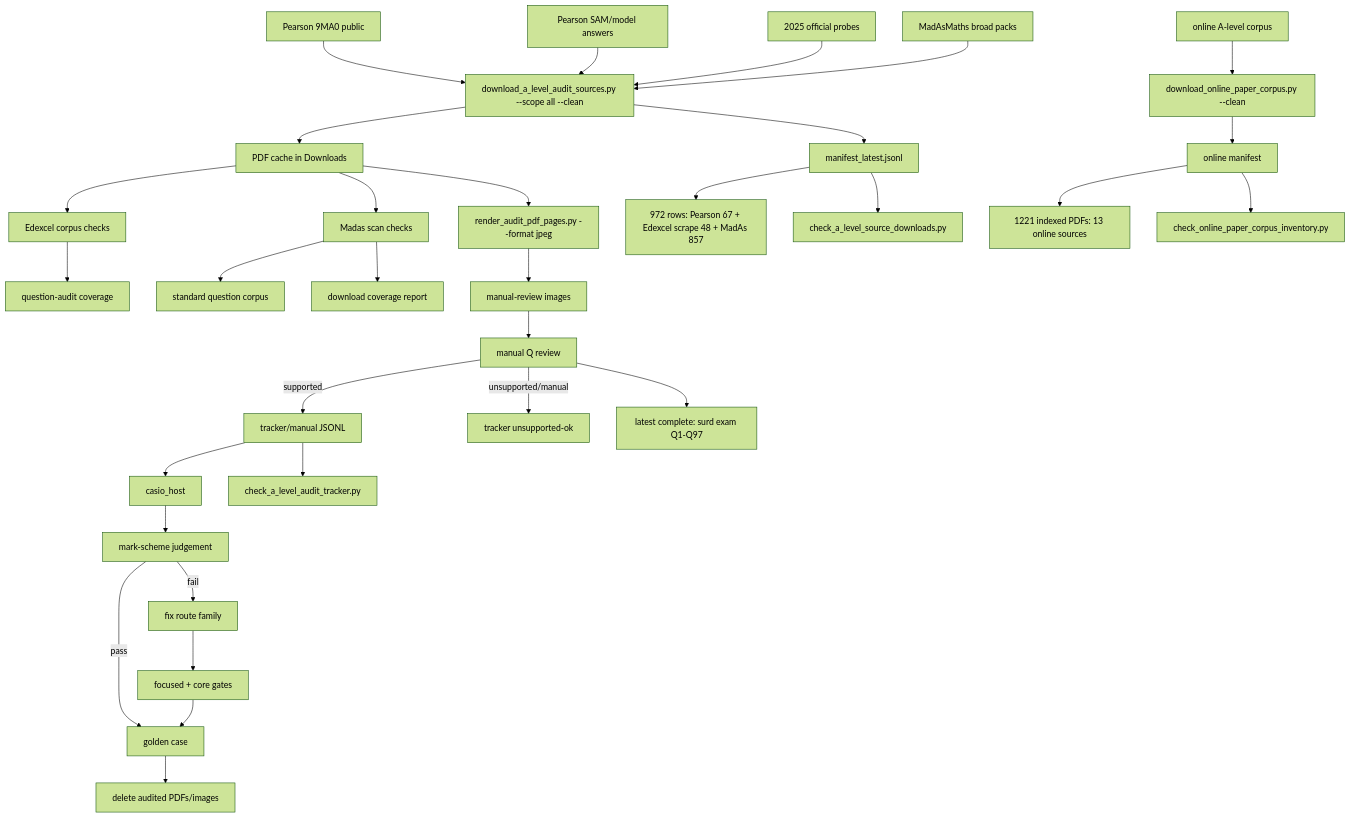
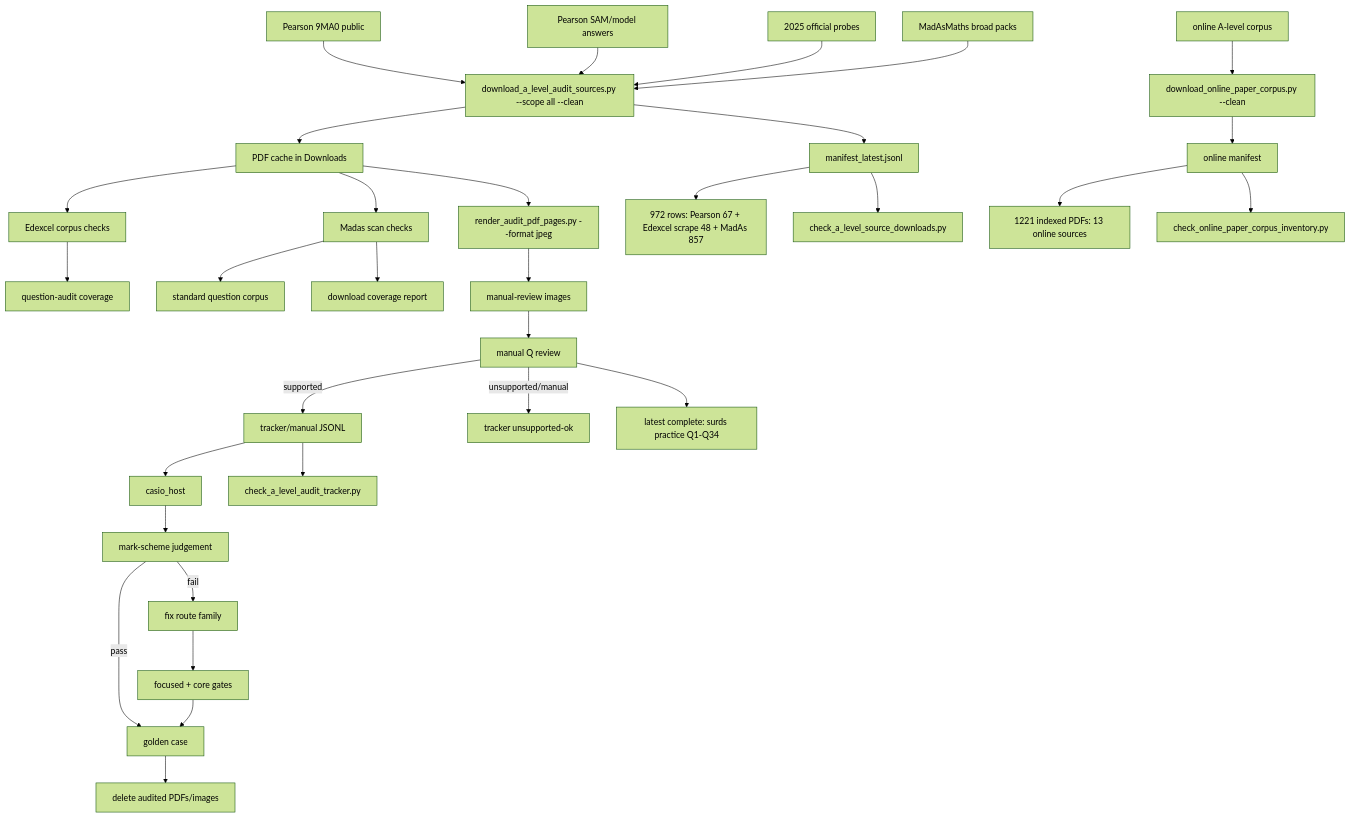
The diagram in c++/tools/golden/a_level_audit_graph.md (james8464/notes-addin-casio-fx-cg50), drawn with Mermaid (forest theme) before and after one commit. The commit also changed other lines of this file and 4 other files, not shown here.

````diff
--- a/c++/tools/golden/a_level_audit_graph.md
+++ b/c++/tools/golden/a_level_audit_graph.md
@@ -3,34 +3,34 @@
 ```mermaid
 graph TD
   E1["Pearson 9MA0 public"] --> D["download_a_level_audit_sources.py --scope all --clean"]
   E2["Pearson SAM/model answers"] --> D
   E3["2025 official probes"] --> D
   M1["MadAsMaths broad packs"] --> D
   O1["online A-level corpus"] --> OD["download_online_paper_corpus.py --clean"]
   D --> P["PDF cache in Downloads"]
   D --> X["manifest_latest.jsonl"]
   OD --> OX["online manifest"]
   X --> XC["972 rows: Pearson 67 + Edexcel scrape 48 + MadAs 857"]
   OX --> OC["1221 indexed PDFs: 13 online sources"]
   X --> V["check_a_level_source_downloads.py"]
   OX --> OV["check_online_paper_corpus_inventory.py"]
   P --> E["Edexcel corpus checks"]
   E --> EQ["question-audit coverage"]
   P --> S["Madas scan checks"]
   S --> M["standard question corpus"]
   S --> MC["download coverage report"]
   P --> R["render_audit_pdf_pages.py --format jpeg"]
   R --> I["manual-review images"]
   I --> Q["manual Q review"]
   Q -->|supported| J["tracker/manual JSONL"]
   Q -->|unsupported/manual| U["tracker unsupported-ok"]
   J --> H["casio_host"]
   J --> K["check_a_level_audit_tracker.py"]
   H --> C["mark-scheme judgement"]
   C -->|pass| G["golden case"]
   C -->|fail| F["fix route family"]
   F --> T["focused + core gates"]
   T --> G
   G --> Z["delete audited PDFs/images"]
-  Q --> QSurd["latest complete: surd exam Q1-Q97"]
+  Q --> QSurd["latest complete: surds practice Q1-Q34"]
 ```
````
